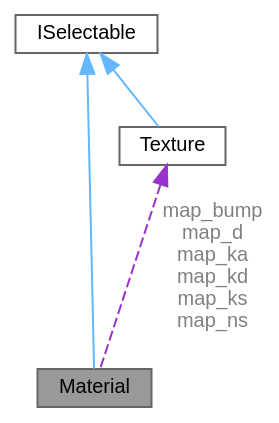
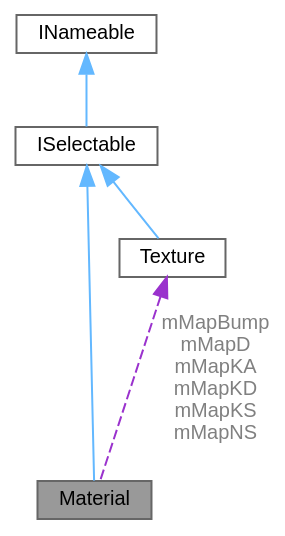
The diagram in docs/class_material__coll__graph.dot (BlankMat/BlankMat), drawn with Graphviz before and after one commit. The commit also changed 457 other files, not shown here.

```diff
--- a/docs/class_material__coll__graph.dot
+++ b/docs/class_material__coll__graph.dot
@@ -1,13 +1,15 @@
 digraph "Material"
 {
  // LATEX_PDF_SIZE
   bgcolor="transparent";
   edge [fontname=Helvetica,fontsize=10,labelfontname=Helvetica,labelfontsize=10];
   node [fontname=Helvetica,fontsize=10,shape=box,height=0.2,width=0.4];
   Node1 [id="Node000001",label="Material",height=0.2,width=0.4,color="gray40", fillcolor="grey60", style="filled", fontcolor="black",tooltip="Class that stores all texture and render information for a material."];
   Node2 -> Node1 [id="edge1_Node000001_Node000002",dir="back",color="steelblue1",style="solid",tooltip=" "];
   Node2 [id="Node000002",label="ISelectable",height=0.2,width=0.4,color="gray40", fillcolor="white", style="filled",URL="$class_i_selectable.html",tooltip="Interface for all items that can be selected to be viewed in the inspector."];
-  Node3 -> Node1 [id="edge2_Node000001_Node000003",dir="back",color="darkorchid3",style="dashed",tooltip=" ",label=" map_bump\nmap_d\nmap_ka\nmap_kd\nmap_ks\nmap_ns",fontcolor="grey" ];
-  Node3 [id="Node000003",label="Texture",height=0.2,width=0.4,color="gray40", fillcolor="white", style="filled",URL="$struct_texture.html",tooltip="A structure that stores a texture file that has been read into the OpenGL context."];
-  Node2 -> Node3 [id="edge3_Node000003_Node000002",dir="back",color="steelblue1",style="solid",tooltip=" "];
+  Node3 -> Node2 [id="edge2_Node000002_Node000003",dir="back",color="steelblue1",style="solid",tooltip=" "];
+  Node3 [id="Node000003",label="INameable",height=0.2,width=0.4,color="gray40", fillcolor="white", style="filled",URL="$class_i_nameable.html",tooltip="An object that keeps track of its name and scope."];
+  Node4 -> Node1 [id="edge3_Node000001_Node000004",dir="back",color="darkorchid3",style="dashed",tooltip=" ",label=" mMapBump\nmMapD\nmMapKA\nmMapKD\nmMapKS\nmMapNS",fontcolor="grey" ];
+  Node4 [id="Node000004",label="Texture",height=0.2,width=0.4,color="gray40", fillcolor="white", style="filled",URL="$struct_texture.html",tooltip="A structure that stores a texture file that has been read into the OpenGL context."];
+  Node2 -> Node4 [id="edge4_Node000004_Node000002",dir="back",color="steelblue1",style="solid",tooltip=" "];
 }
```
